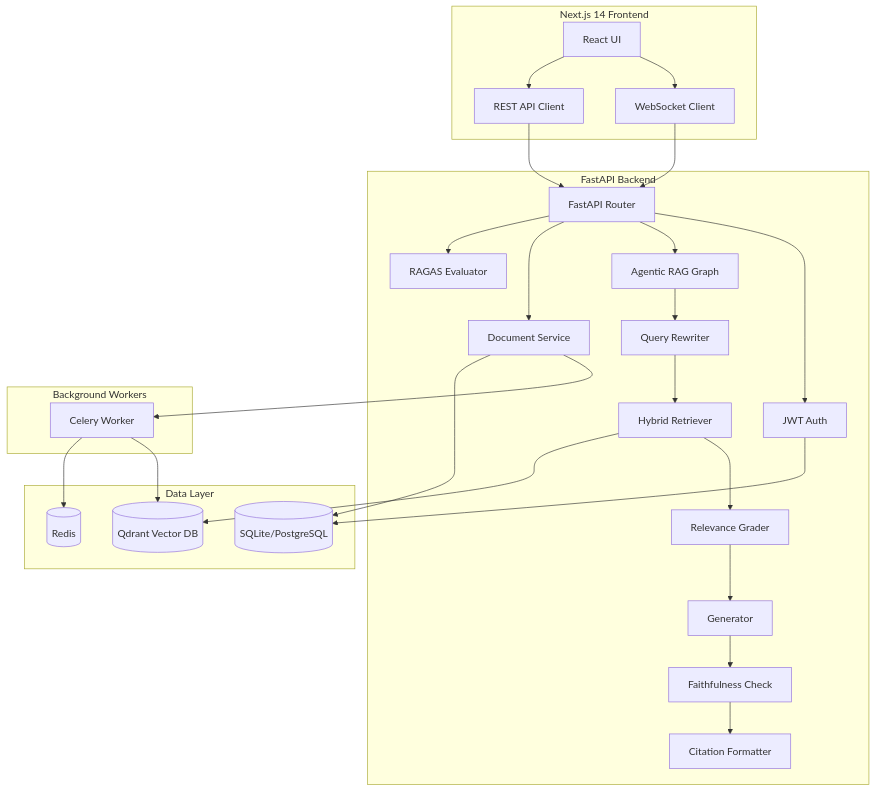
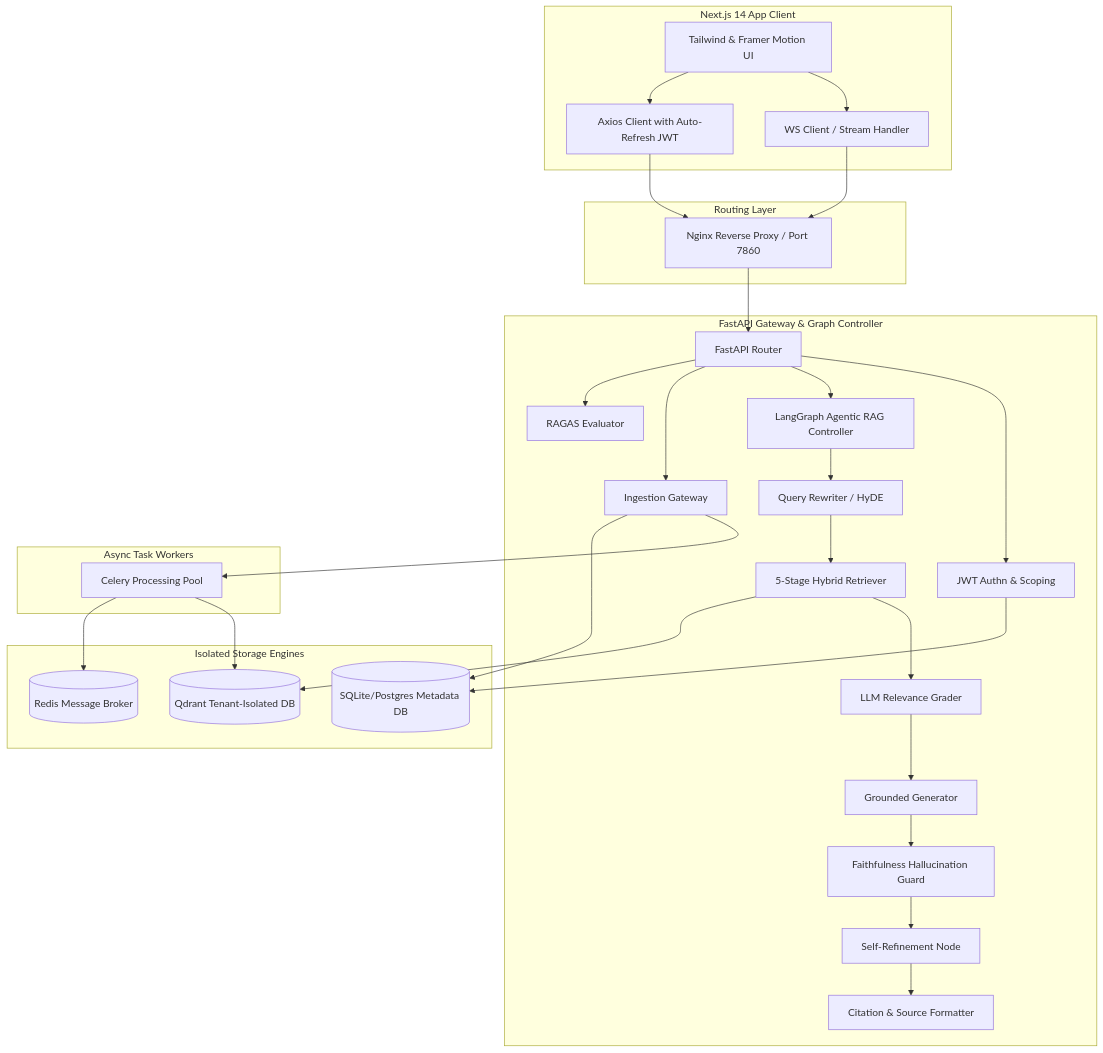
The diagram in README.md (NARESH-SAI-ARAVIND-S-142/Enterprise_RAG), drawn with Mermaid before and after one commit. The commit also changed other lines of this file, not shown here.

````diff
--- a/README.md
+++ b/README.md
@@ -16,40 +22,47 @@
 ```mermaid
 graph TB
-    subgraph Frontend ["Next.js 14 Frontend"]
-        UI[React UI] --> WS[WebSocket Client]
-        UI --> REST[REST API Client]
+    subgraph Frontend ["Next.js 14 App Client"]
+        UI[Tailwind & Framer Motion UI] --> WS[WS Client / Stream Handler]
+        UI --> REST[Axios Client with Auto-Refresh JWT]
     end
 
-    subgraph Backend ["FastAPI Backend"]
-        API[FastAPI Router] --> Auth[JWT Auth]
-        API --> RAG[Agentic RAG Graph]
-        API --> Docs[Document Service]
+    subgraph Proxy ["Routing Layer"]
+        Nginx[Nginx Reverse Proxy / Port 7860]
+    end
+
+    subgraph Backend ["FastAPI Gateway & Graph Controller"]
+        API[FastAPI Router] --> Auth[JWT Authn & Scoping]
+        API --> Graph[LangGraph Agentic RAG Controller]
+        API --> Ingest[Ingestion Gateway]
         API --> Eval[RAGAS Evaluator]
         
-        RAG --> QR[Query Rewriter]
-        QR --> HR[Hybrid Retriever]
-        HR --> RG[Relevance Grader]
-        RG --> Gen[Generator]
-        Gen --> FC[Faithfulness Check]
-        FC --> Cite[Citation Formatter]
+        Graph --> QR[Query Rewriter / HyDE]
+        QR --> HR[5-Stage Hybrid Retriever]
+        HR --> RG[LLM Relevance Grader]
+        RG --> Gen[Grounded Generator]
+        Gen --> FC[Faithfulness Hallucination Guard]
+        FC --> Ref[Self-Refinement Node]
+        Ref --> Cite[Citation & Source Formatter]
     end
 
-    subgraph Data ["Data Layer"]
-        SQLite[(SQLite/PostgreSQL)]
-        Qdrant[(Qdrant Vector DB)]
-        Redis[(Redis)]
+    subgraph Workers ["Async Task Workers"]
+        Celery[Celery Processing Pool]
     end
 
-    subgraph Workers ["Background Workers"]
-        Celery[Celery Worker]
+    subgraph Storage ["Isolated Storage Engines"]
+        SQLite[(SQLite/Postgres Metadata DB)]
+        Qdrant[(Qdrant Tenant-Isolated DB)]
+        Redis[(Redis Message Broker)]
     end
 
-    WS --> API
-    REST --> API
-    Docs --> Celery
+    %% Routing Flow
+    WS --> Nginx
+    REST --> Nginx
+    Nginx --> API
+    Ingest --> Celery
     Celery --> Qdrant
     HR --> Qdrant
     Auth --> SQLite
-    Docs --> SQLite
+    Ingest --> SQLite
     Celery --> Redis
 ```
````
